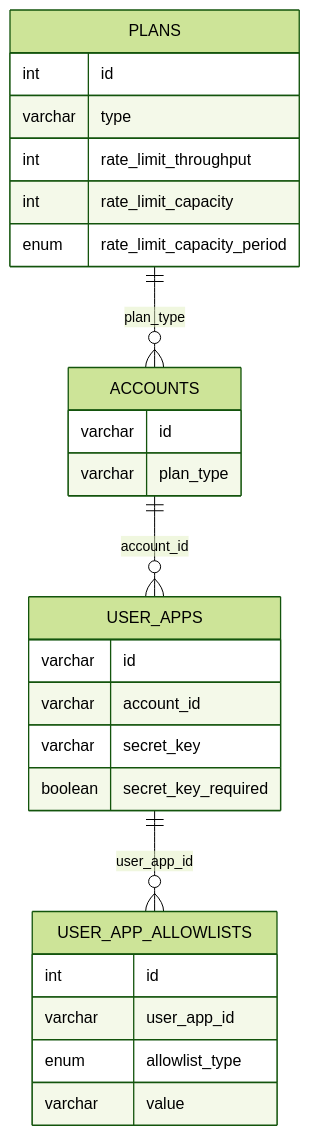
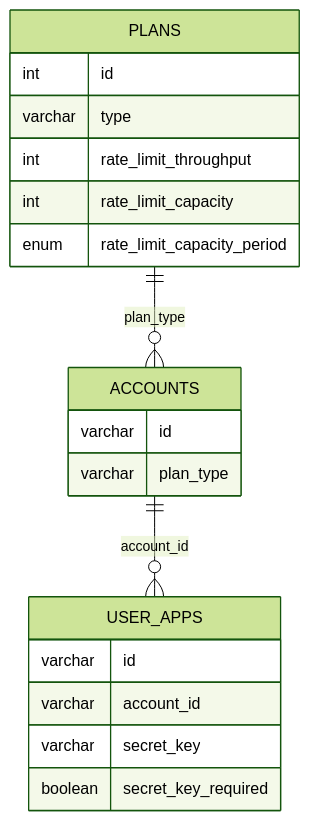
The diagram in README.md (buildwithgrove/path), drawn with Mermaid (forest theme) before and after one commit. The commit also changed other lines of this file and 10 other files, not shown here.

````diff
--- a/README.md
+++ b/README.md
@@ -230,33 +230,25 @@
 ```mermaid
 erDiagram
     PLANS {
         int id
         varchar type
         int rate_limit_throughput
         int rate_limit_capacity
         enum rate_limit_capacity_period
     }
 
     ACCOUNTS {
         varchar id
         varchar plan_type
     }
 
     USER_APPS {
         varchar id
         varchar account_id
         varchar secret_key
         boolean secret_key_required
     }
 
-    USER_APP_ALLOWLISTS {
-        int id
-        varchar user_app_id
-        enum allowlist_type
-        varchar value
-    }
-
     PLANS ||--o{ ACCOUNTS : "plan_type"
     ACCOUNTS ||--o{ USER_APPS : "account_id"
-    USER_APPS ||--o{ USER_APP_ALLOWLISTS : "user_app_id"
 ```
````
